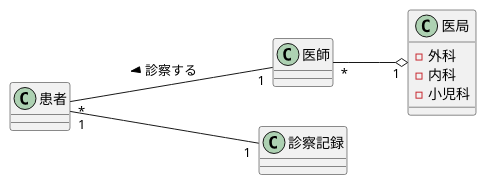
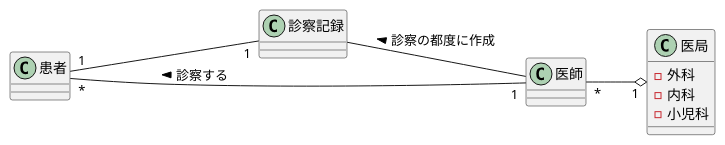
Before and after one commit to Skypeace8585/uml-introduction: the diagram in 演習3-2_CL_医師と患者と医局と診療記録.pu, drawn with PlantUML.

```diff
--- a/演習3-2_CL_医師と患者と医局と診療記録.pu
+++ b/演習3-2_CL_医師と患者と医局と診療記録.pu
@@ -1,17 +1,18 @@
 @startuml 3-2
 left to right direction
 class 医局{
     - 外科
     - 内科
     - 小児科
 }
 class 患者{
 }
 class 医師{
 }
 class 診察記録 {
 }
 医師 "*" --o "1" 医局
 医師 "1" --up- "*" 患者:診察する >
 患者 "1" --down- "1" 診察記録
+医師 -up- 診察記録:診察の都度に作成 >
 @enduml
```
